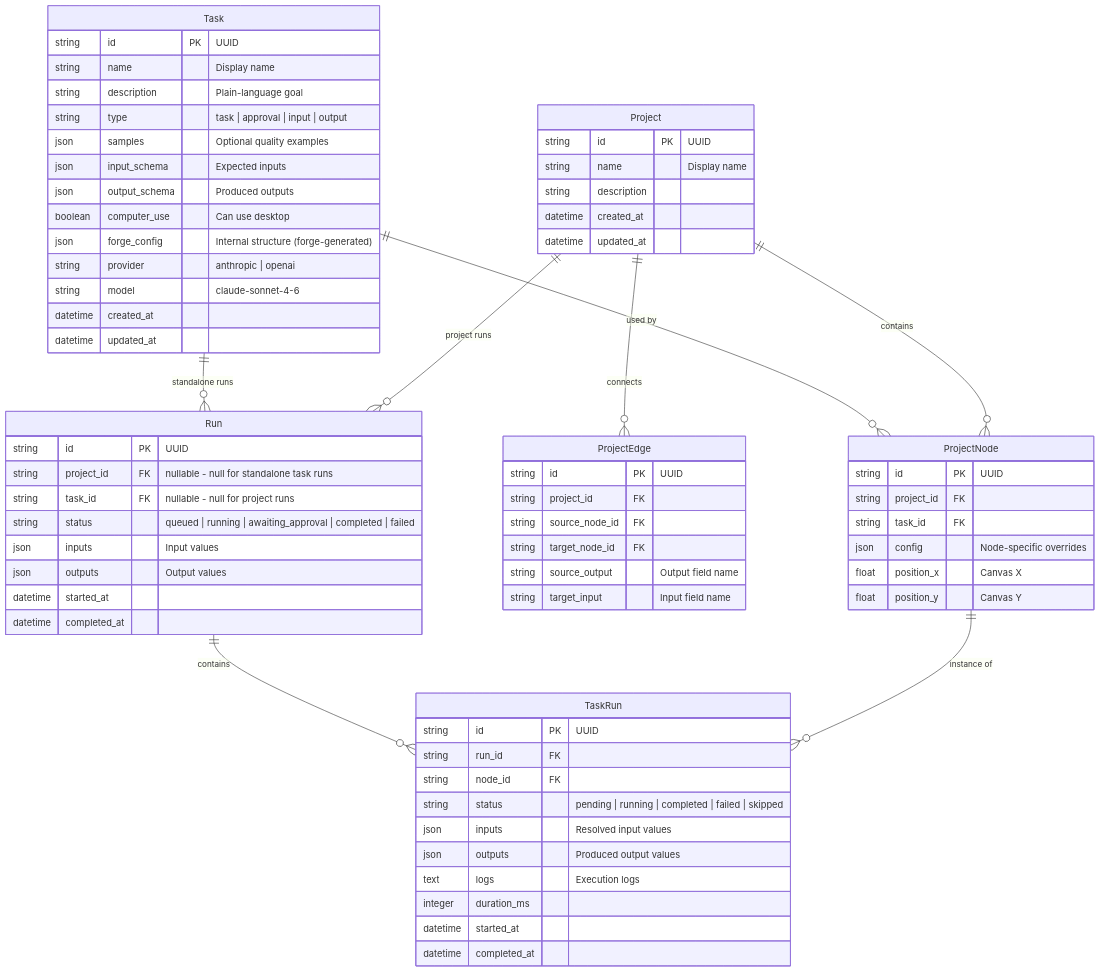
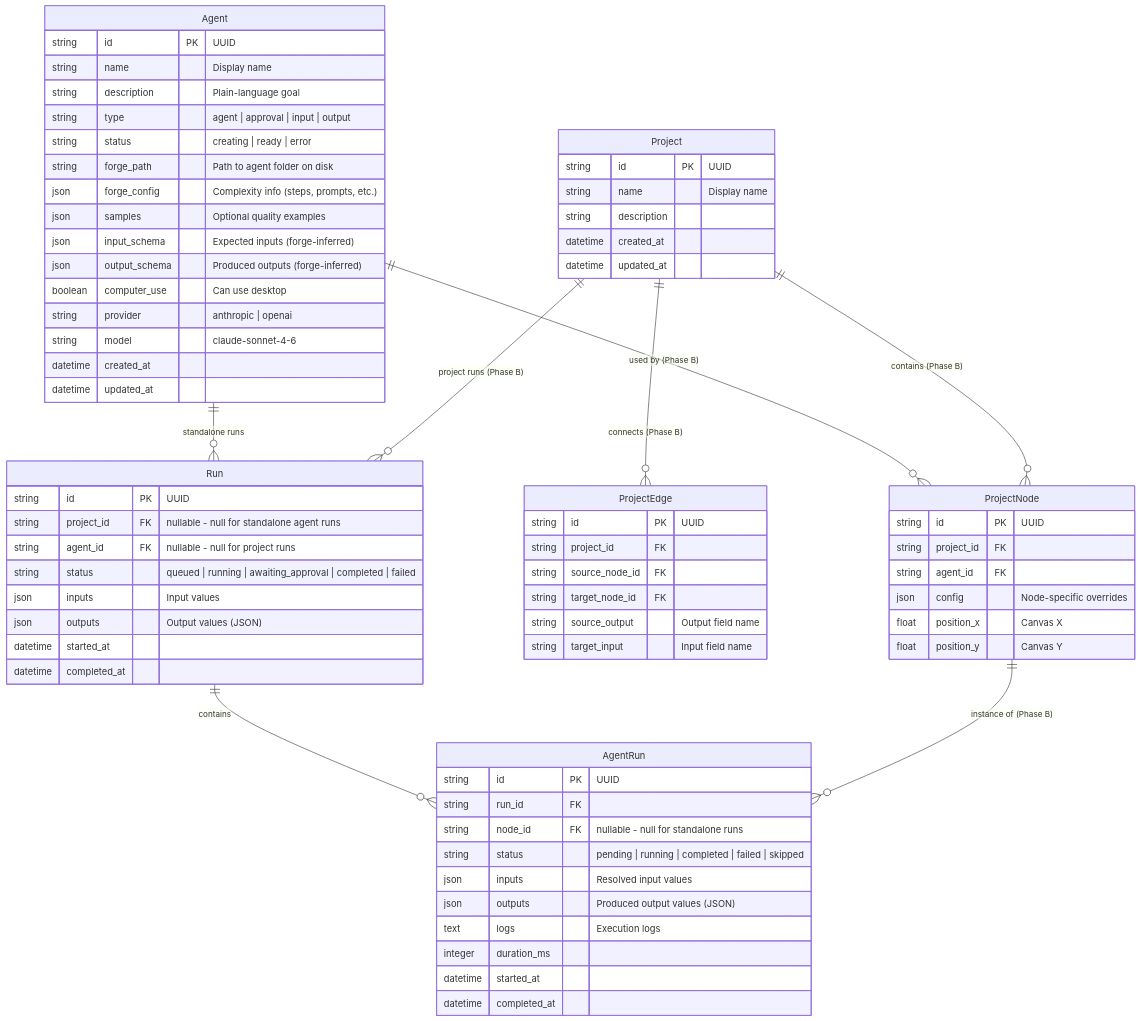
One commit to MONTBRAIN/vadgr changed the sixth of 10 diagrams in api/docs/API_ARCHITECTURE.md. Above: the diagram before and after it, drawn with Mermaid. The commit also changed other lines of this file and 32 other files, not shown here.

````diff
--- a/api/docs/API_ARCHITECTURE.md
+++ b/api/docs/API_ARCHITECTURE.md
@@ -177,76 +298,78 @@
 ```mermaid
 erDiagram
-    Task {
+    Agent {
         string id PK "UUID"
         string name "Display name"
         string description "Plain-language goal"
-        string type "task | approval | input | output"
+        string type "agent | approval | input | output"
+        string status "creating | ready | error"
+        string forge_path "Path to agent folder on disk"
+        json forge_config "Complexity info (steps, prompts, etc.)"
         json samples "Optional quality examples"
-        json input_schema "Expected inputs"
-        json output_schema "Produced outputs"
+        json input_schema "Expected inputs (forge-inferred)"
+        json output_schema "Produced outputs (forge-inferred)"
         boolean computer_use "Can use desktop"
-        json forge_config "Internal structure (forge-generated)"
         string provider "anthropic | openai"
         string model "claude-sonnet-4-6"
         datetime created_at
         datetime updated_at
     }
 
     Project {
         string id PK "UUID"
         string name "Display name"
         string description
         datetime created_at
         datetime updated_at
     }
 
     ProjectNode {
         string id PK "UUID"
         string project_id FK
-        string task_id FK
+        string agent_id FK
         json config "Node-specific overrides"
         float position_x "Canvas X"
         float position_y "Canvas Y"
     }
 
     ProjectEdge {
         string id PK "UUID"
         string project_id FK
         string source_node_id FK
         string target_node_id FK
         string source_output "Output field name"
         string target_input "Input field name"
     }
 
     Run {
         string id PK "UUID"
-        string project_id FK "nullable - null for standalone task runs"
-        string task_id FK "nullable - null for project runs"
+        string project_id FK "nullable - null for standalone agent runs"
+        string agent_id FK "nullable - null for project runs"
         string status "queued | running | awaiting_approval | completed | failed"
         json inputs "Input values"
-        json outputs "Output values"
+        json outputs "Output values (JSON)"
         datetime started_at
         datetime completed_at
     }
 
-    TaskRun {
+    AgentRun {
         string id PK "UUID"
         string run_id FK
-        string node_id FK
+        string node_id FK "nullable - null for standalone runs"
         string status "pending | running | completed | failed | skipped"
         json inputs "Resolved input values"
-        json outputs "Produced output values"
+        json outputs "Produced output values (JSON)"
         text logs "Execution logs"
         integer duration_ms
         datetime started_at
         datetime completed_at
     }
 
-    Task ||--o{ ProjectNode : "used by"
-    Project ||--o{ ProjectNode : "contains"
-    Project ||--o{ ProjectEdge : "connects"
-    Task ||--o{ Run : "standalone runs"
-    Project ||--o{ Run : "project runs"
-    Run ||--o{ TaskRun : "contains"
-    ProjectNode ||--o{ TaskRun : "instance of"
+    Agent ||--o{ ProjectNode : "used by (Phase B)"
+    Project ||--o{ ProjectNode : "contains (Phase B)"
+    Project ||--o{ ProjectEdge : "connects (Phase B)"
+    Agent ||--o{ Run : "standalone runs"
+    Project ||--o{ Run : "project runs (Phase B)"
+    Run ||--o{ AgentRun : "contains"
+    ProjectNode ||--o{ AgentRun : "instance of (Phase B)"
 ```
````
